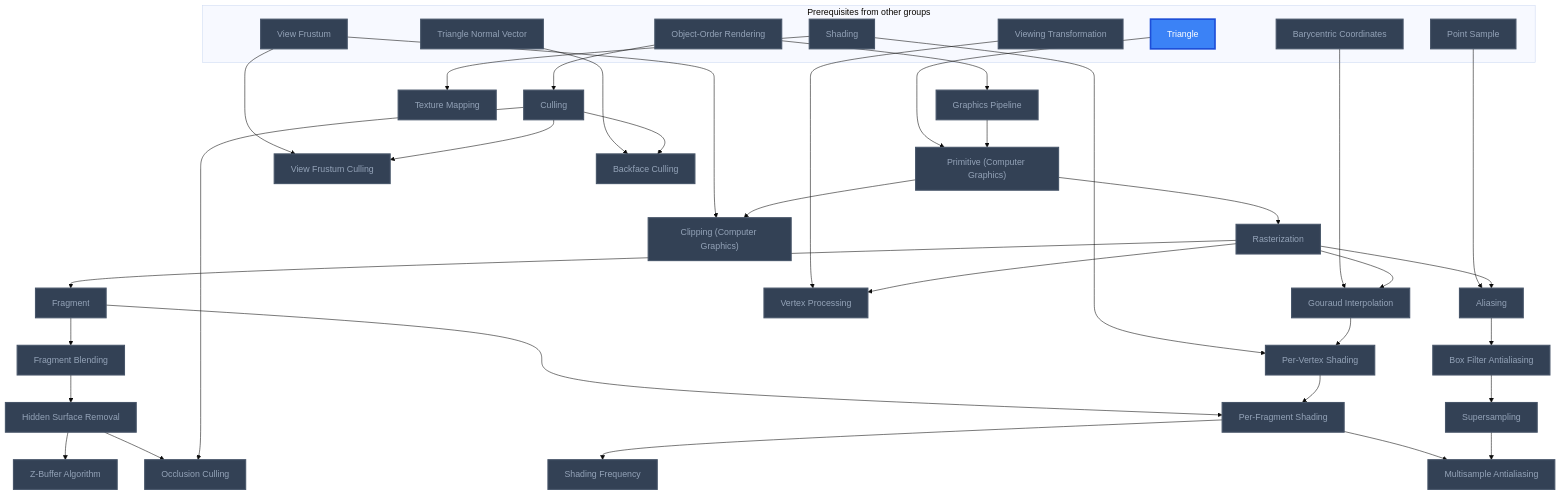
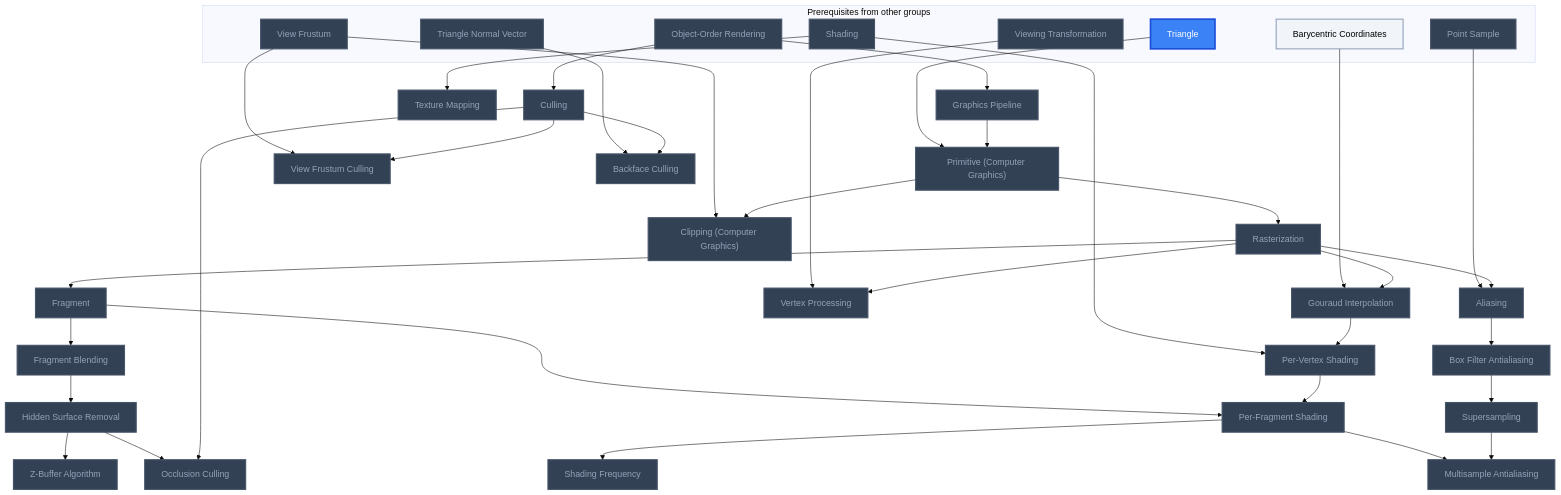
Before and after one commit to MRauf1/My-Notes: the sixth of 7 diagrams in Gamification/Skill Trees/Computer Graphics.md, drawn with Mermaid (base theme). The commit also changed other lines of this file and 57 other files, not shown here.

````diff
--- a/Gamification/Skill Trees/Computer Graphics.md
+++ b/Gamification/Skill Trees/Computer Graphics.md
@@ -312,80 +318,81 @@
 ```mermaid
 flowchart TD
     classDef planned fill:#1E293B,stroke:#64748B,stroke-width:2px,stroke-dasharray:5 5,color:#94A3B8;
     classDef locked fill:#334155,stroke:#475569,stroke-width:2px,color:#94A3B8;
     classDef L0 fill:#F1F5F9,stroke:#94A3B8,stroke-width:2px,color:#000000;
     classDef L1 fill:#22C55E,stroke:#15803D,stroke-width:2px,color:#000000;
     classDef L2 fill:#3B82F6,stroke:#1D4ED8,stroke-width:3px,color:#FFFFFF;
     classDef L3 fill:#A855F7,stroke:#6B21A8,stroke-width:3px,color:#FFFFFF,font-weight:bold;
     classDef L4 fill:#F97316,stroke:#C2410C,stroke-width:4px,color:#000000,font-weight:bold;
     classDef L5 fill:#FFD700,stroke:#FF8C00,stroke-width:5px,color:#000000,font-weight:bold;
     classDef rusty stroke:#8B4513,stroke-width:4px,stroke-dasharray:3 3;
     subgraph sg_prereqs["Prerequisites from other groups"]
         n_object_order_rendering["Object-Order Rendering"]
         n_triangle["Triangle"]
         n_barycentric_coordinates["Barycentric Coordinates"]
         n_view_frustum["View Frustum"]
         n_viewing_transformation["Viewing Transformation"]
         n_shading["Shading"]
         n_point_sample["Point Sample"]
         n_triangle_normal_vector["Triangle Normal Vector"]
     end
     n_graphics_pipeline["Graphics Pipeline"]
     n_primitive_computer_graphics["Primitive (Computer Graphics)"]
     n_rasterization["Rasterization"]
     n_fragment["Fragment"]
     n_gouraud_interpolation["Gouraud Interpolation"]
     n_clipping_computer_graphics["Clipping (Computer Graphics)"]
     n_vertex_processing["Vertex Processing"]
     n_fragment_blending["Fragment Blending"]
     n_hidden_surface_removal["Hidden Surface Removal"]
     n_z_buffer_algorithm["Z-Buffer Algorithm"]
     n_per_vertex_shading["Per-Vertex Shading"]
     n_per_fragment_shading["Per-Fragment Shading"]
     n_shading_frequency["Shading Frequency"]
     n_texture_mapping["Texture Mapping"]
     n_aliasing["Aliasing"]
     n_box_filter_antialiasing["Box Filter Antialiasing"]
     n_supersampling["Supersampling"]
     n_multisample_antialiasing["Multisample Antialiasing"]
     n_culling["Culling"]
     n_view_frustum_culling["View Frustum Culling"]
     n_occlusion_culling["Occlusion Culling"]
     n_backface_culling["Backface Culling"]
     n_object_order_rendering --> n_graphics_pipeline
     n_triangle --> n_primitive_computer_graphics
     n_graphics_pipeline --> n_primitive_computer_graphics
     n_primitive_computer_graphics --> n_rasterization
     n_rasterization --> n_fragment
     n_barycentric_coordinates --> n_gouraud_interpolation
     n_rasterization --> n_gouraud_interpolation
     n_view_frustum --> n_clipping_computer_graphics
     n_primitive_computer_graphics --> n_clipping_computer_graphics
     n_viewing_transformation --> n_vertex_processing
     n_rasterization --> n_vertex_processing
     n_fragment --> n_fragment_blending
     n_fragment_blending --> n_hidden_surface_removal
     n_hidden_surface_removal --> n_z_buffer_algorithm
     n_shading --> n_per_vertex_shading
     n_gouraud_interpolation --> n_per_vertex_shading
     n_fragment --> n_per_fragment_shading
     n_per_vertex_shading --> n_per_fragment_shading
     n_per_fragment_shading --> n_shading_frequency
     n_shading --> n_texture_mapping
     n_point_sample --> n_aliasing
     n_rasterization --> n_aliasing
     n_aliasing --> n_box_filter_antialiasing
     n_box_filter_antialiasing --> n_supersampling
     n_per_fragment_shading --> n_multisample_antialiasing
     n_supersampling --> n_multisample_antialiasing
     n_object_order_rendering --> n_culling
     n_view_frustum --> n_view_frustum_culling
     n_culling --> n_view_frustum_culling
     n_hidden_surface_removal --> n_occlusion_culling
     n_culling --> n_occlusion_culling
     n_triangle_normal_vector --> n_backface_culling
     n_culling --> n_backface_culling
-    class n_object_order_rendering,n_barycentric_coordinates,n_view_frustum,n_viewing_transformation,n_shading,n_point_sample,n_triangle_normal_vector,n_graphics_pipeline,n_primitive_computer_graphics,n_rasterization,n_fragment,n_gouraud_interpolation,n_clipping_computer_graphics,n_vertex_processing,n_fragment_blending,n_hidden_surface_removal,n_z_buffer_algorithm,n_per_vertex_shading,n_per_fragment_shading,n_shading_frequency,n_texture_mapping,n_aliasing,n_box_filter_antialiasing,n_supersampling,n_multisample_antialiasing,n_culling,n_view_frustum_culling,n_occlusion_culling,n_backface_culling locked;
+    class n_object_order_rendering,n_view_frustum,n_viewing_transformation,n_shading,n_point_sample,n_triangle_normal_vector,n_graphics_pipeline,n_primitive_computer_graphics,n_rasterization,n_fragment,n_gouraud_interpolation,n_clipping_computer_graphics,n_vertex_processing,n_fragment_blending,n_hidden_surface_removal,n_z_buffer_algorithm,n_per_vertex_shading,n_per_fragment_shading,n_shading_frequency,n_texture_mapping,n_aliasing,n_box_filter_antialiasing,n_supersampling,n_multisample_antialiasing,n_culling,n_view_frustum_culling,n_occlusion_culling,n_backface_culling locked;
+    class n_barycentric_coordinates L0;
     class n_triangle L2;
     class n_object_order_rendering,n_triangle,n_barycentric_coordinates,n_view_frustum,n_viewing_transformation,n_shading,n_point_sample,n_triangle_normal_vector,n_graphics_pipeline,n_primitive_computer_graphics,n_rasterization,n_fragment,n_gouraud_interpolation,n_clipping_computer_graphics,n_vertex_processing,n_fragment_blending,n_hidden_surface_removal,n_z_buffer_algorithm,n_per_vertex_shading,n_per_fragment_shading,n_shading_frequency,n_texture_mapping,n_aliasing,n_box_filter_antialiasing,n_supersampling,n_multisample_antialiasing,n_culling,n_view_frustum_culling,n_occlusion_culling,n_backface_culling internal-link;
 ```
````
